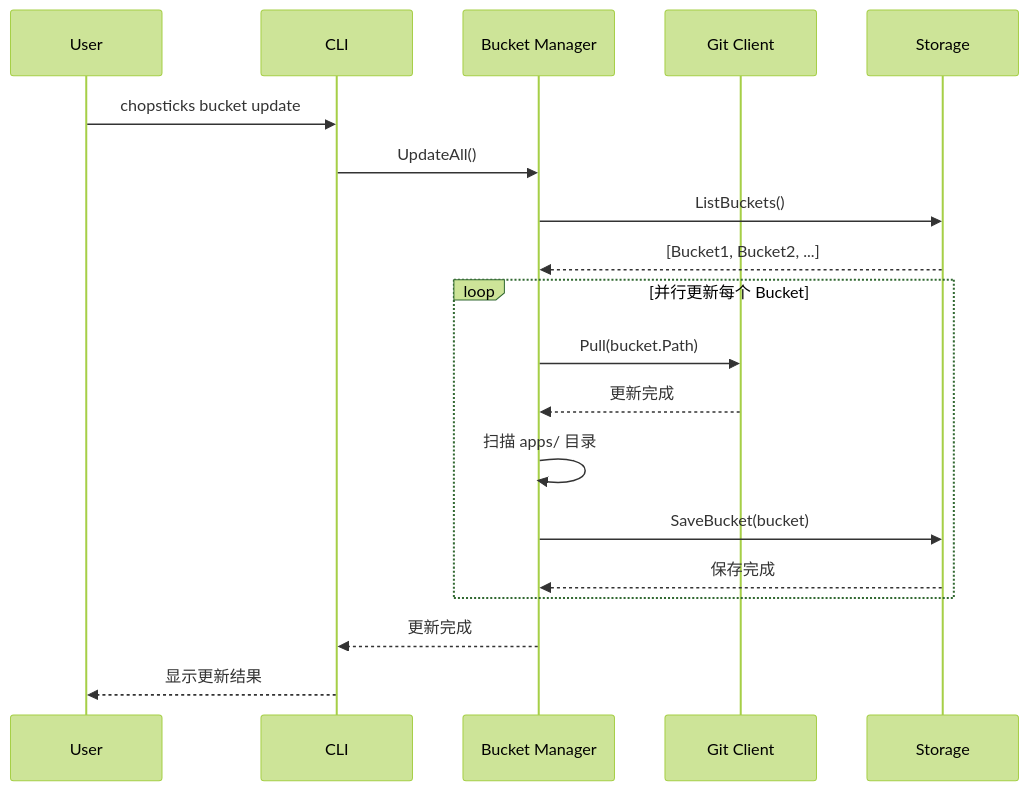
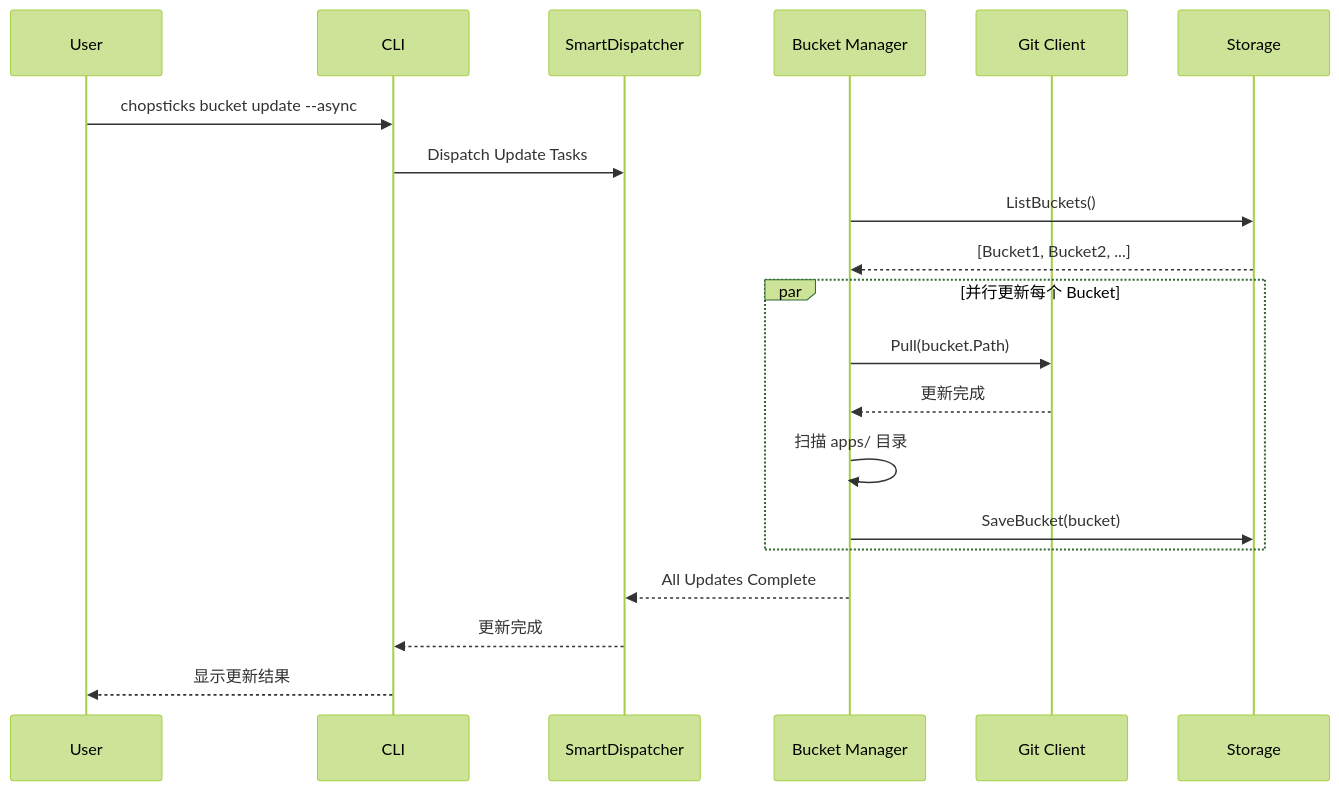
One commit to morning-start/chopsticks changed the fifth of 5 diagrams in wiki/ARCHITECTURE.md. Above: the diagram before and after it, drawn with Mermaid (forest theme). The commit also changed other lines of this file and 5 other files, not shown here.

````diff
--- a/wiki/ARCHITECTURE.md
+++ b/wiki/ARCHITECTURE.md
@@ -742,26 +785,26 @@
 ```mermaid
 sequenceDiagram
     participant User
     participant CLI
+    participant Dispatcher as SmartDispatcher
     participant BucketMgr as Bucket Manager
     participant Git as Git Client
     participant Store as Storage
 
-    User->>CLI: chopsticks bucket update
-    CLI->>BucketMgr: UpdateAll()
-
+    User->>CLI: chopsticks bucket update --async
+    CLI->>Dispatcher: Dispatch Update Tasks
+    
     BucketMgr->>Store: ListBuckets()
     Store-->>BucketMgr: [Bucket1, Bucket2, ...]
-
-    loop 并行更新每个 Bucket
+    
+    par 并行更新每个 Bucket
         BucketMgr->>Git: Pull(bucket.Path)
         Git-->>BucketMgr: 更新完成
-
         BucketMgr->>BucketMgr: 扫描 apps/ 目录
         BucketMgr->>Store: SaveBucket(bucket)
-        Store-->>BucketMgr: 保存完成
     end
-
-    BucketMgr-->>CLI: 更新完成
+    
+    BucketMgr-->>Dispatcher: All Updates Complete
+    Dispatcher-->>CLI: 更新完成
     CLI-->>User: 显示更新结果
 ```
````
